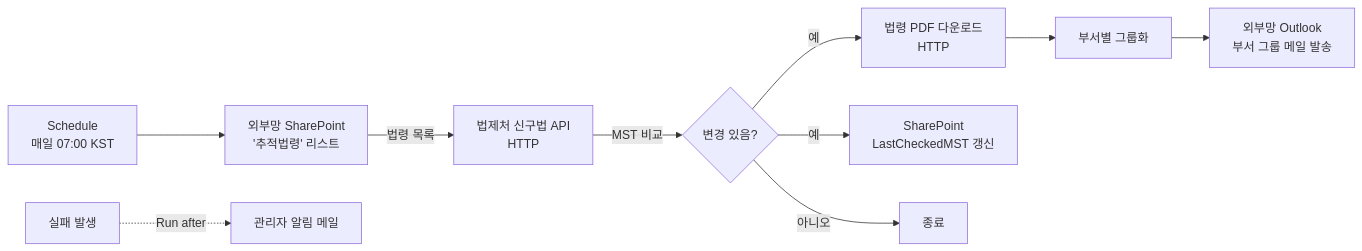
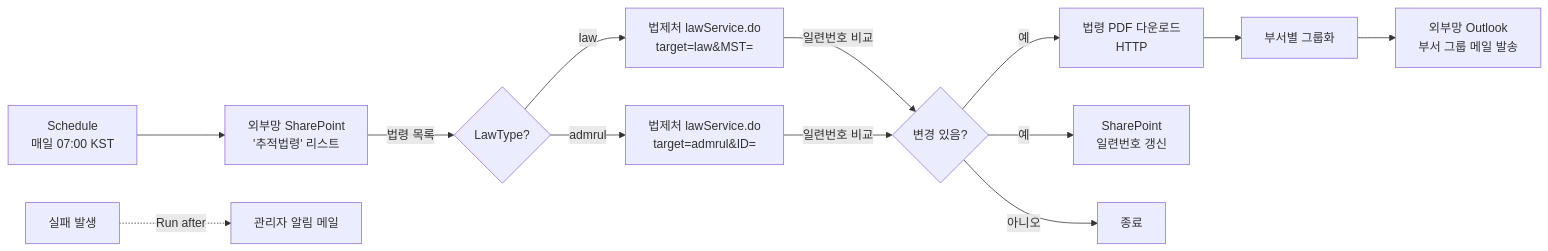
Before and after one commit to tlsqhdrbek-debug/ms-design-agents: the first of 2 diagrams in docs/designs/20260523_법령변경알림.md, drawn with Mermaid. The commit also changed other lines of this file, not shown here.

First line of the commit message:
docs(design): v1.1 법령변경알림 - 법률/행정규칙 분기 및 부트스트랩 플로우 추가

````diff
--- a/docs/designs/20260523_법령변경알림.md
+++ b/docs/designs/20260523_법령변경알림.md
@@ -48,12 +63,15 @@
 ```mermaid
 flowchart LR
   S[Schedule<br/>매일 07:00 KST] --> SP[외부망 SharePoint<br/>'추적법령' 리스트]
-  SP -->|법령 목록| API[법제처 신구법 API<br/>HTTP]
-  API -->|MST 비교| C{변경 있음?}
+  SP -->|법령 목록| SW{LawType?}
+  SW -- law --> API_L[법제처 lawService.do<br/>target=law&MST=]
+  SW -- admrul --> API_A[법제처 lawService.do<br/>target=admrul&ID=]
+  API_L -->|일련번호 비교| C{변경 있음?}
+  API_A -->|일련번호 비교| C
   C -- 예 --> PDF[법령 PDF 다운로드<br/>HTTP]
   PDF --> G[부서별 그룹화]
   G --> M[외부망 Outlook<br/>부서 그룹 메일 발송]
-  C -- 예 --> U[SharePoint<br/>LastCheckedMST 갱신]
+  C -- 예 --> U[SharePoint<br/>일련번호 갱신]
   C -- 아니오 --> END[종료]
   FAIL[실패 발생] -.->|Run after| ADMIN[관리자 알림 메일]
 ```
````
